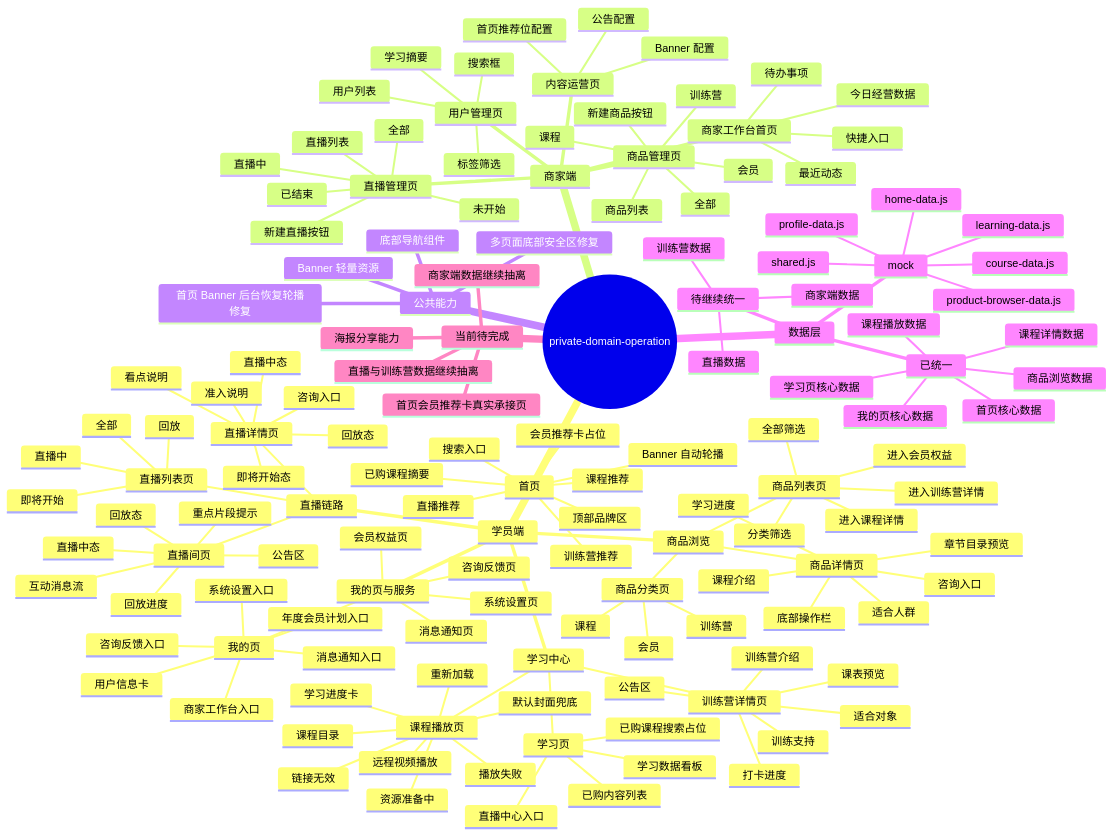
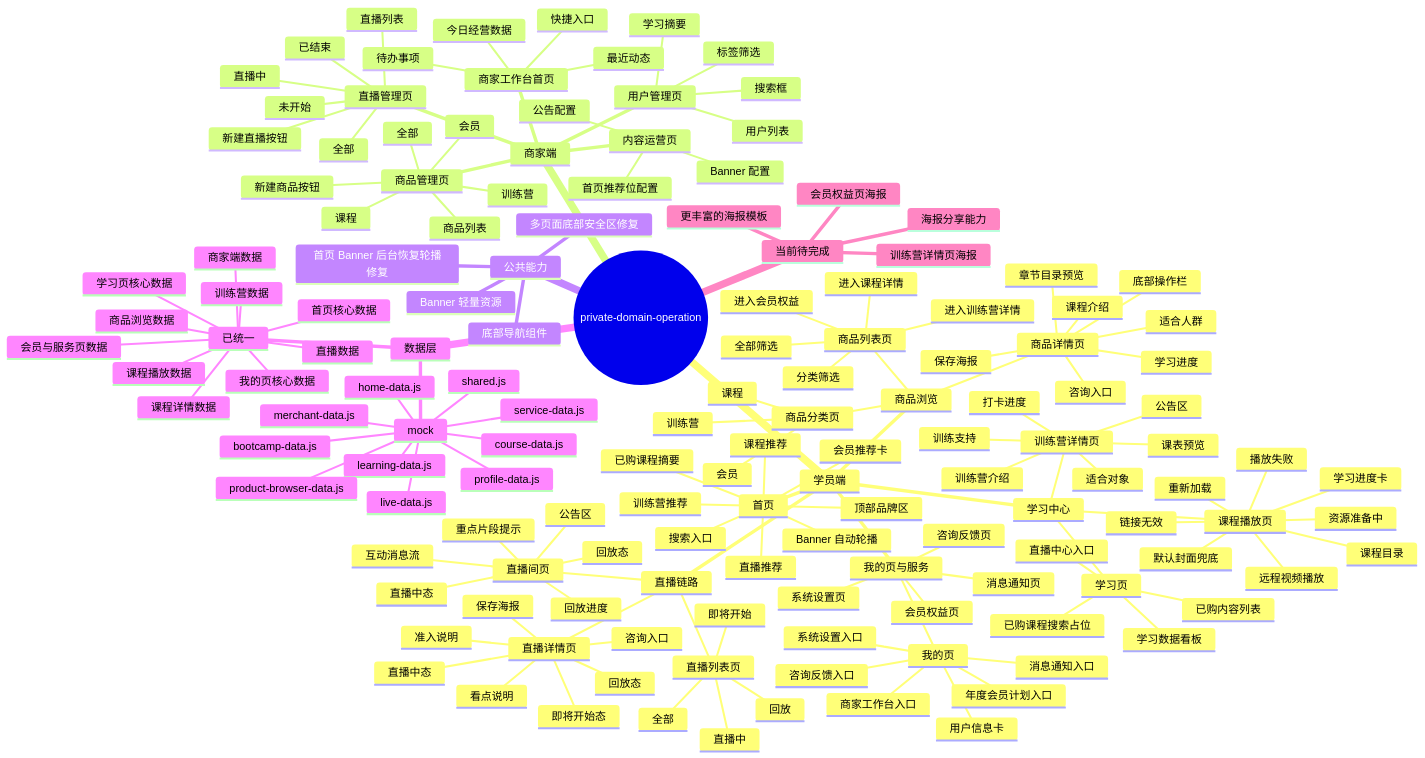
Before and after one commit to gerryyang2025/wechat-miniprogram: the diagram in private-domain-operation/docs/FEATURE_MINDMAP.md, drawn with Mermaid. The commit also changed other lines of this file, not shown here.

First line of the commit message:
feat: update FEATURE_MINDMAP.md to version 0.2 with new features and data unification

````diff
--- a/private-domain-operation/docs/FEATURE_MINDMAP.md
+++ b/private-domain-operation/docs/FEATURE_MINDMAP.md
@@ -29,7 +29,7 @@
         课程推荐
         训练营推荐
         直播推荐
-        会员推荐卡占位
+        会员推荐卡
       商品浏览
         商品分类页
           课程
@@ -48,6 +48,7 @@
           章节目录预览
           底部操作栏
           咨询入口
+          保存海报
       学习中心
         学习页
           学习数据看板
@@ -83,6 +84,7 @@
           准入说明
           看点说明
           咨询入口
+          保存海报
         直播间页
           直播中态
           回放态
@@ -143,6 +145,10 @@
         learning-data.js
         profile-data.js
         course-data.js
+        bootcamp-data.js
+        live-data.js
+        merchant-data.js
+        service-data.js
         product-browser-data.js
       已统一
         首页核心数据
@@ -151,13 +157,13 @@
         课程详情数据
         课程播放数据
         商品浏览数据
-      待继续统一
+        训练营数据
         直播数据
-        训练营数据
         商家端数据
+        会员与服务页数据
     当前待完成
-      首页会员推荐卡真实承接页
       海报分享能力
-      直播与训练营数据继续抽离
-      商家端数据继续抽离
+      训练营详情页海报
+      会员权益页海报
+      更丰富的海报模板
 ```
````
